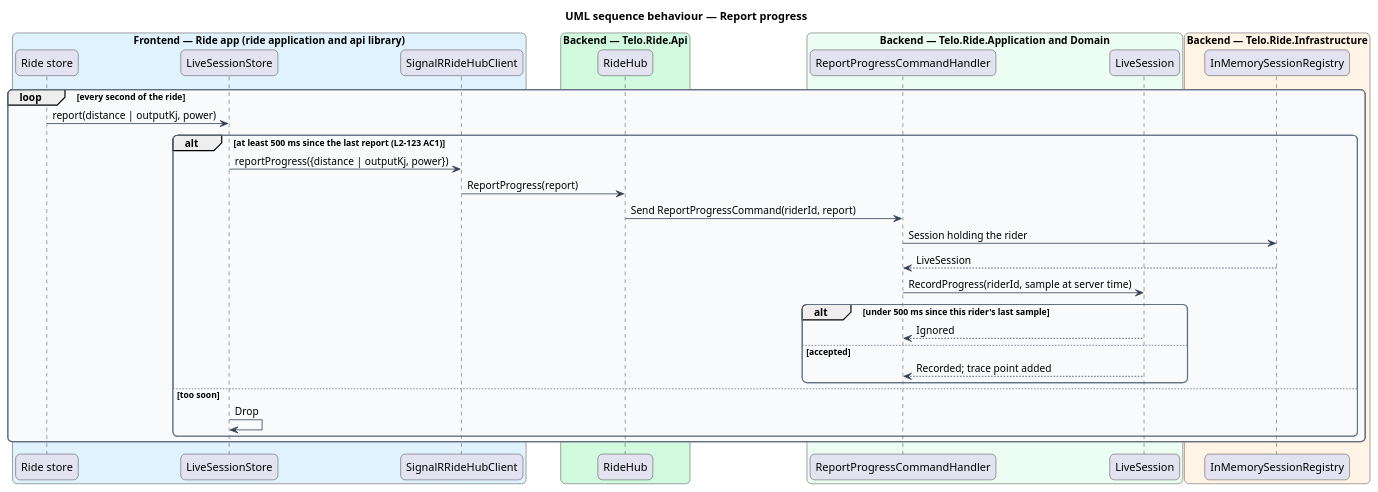
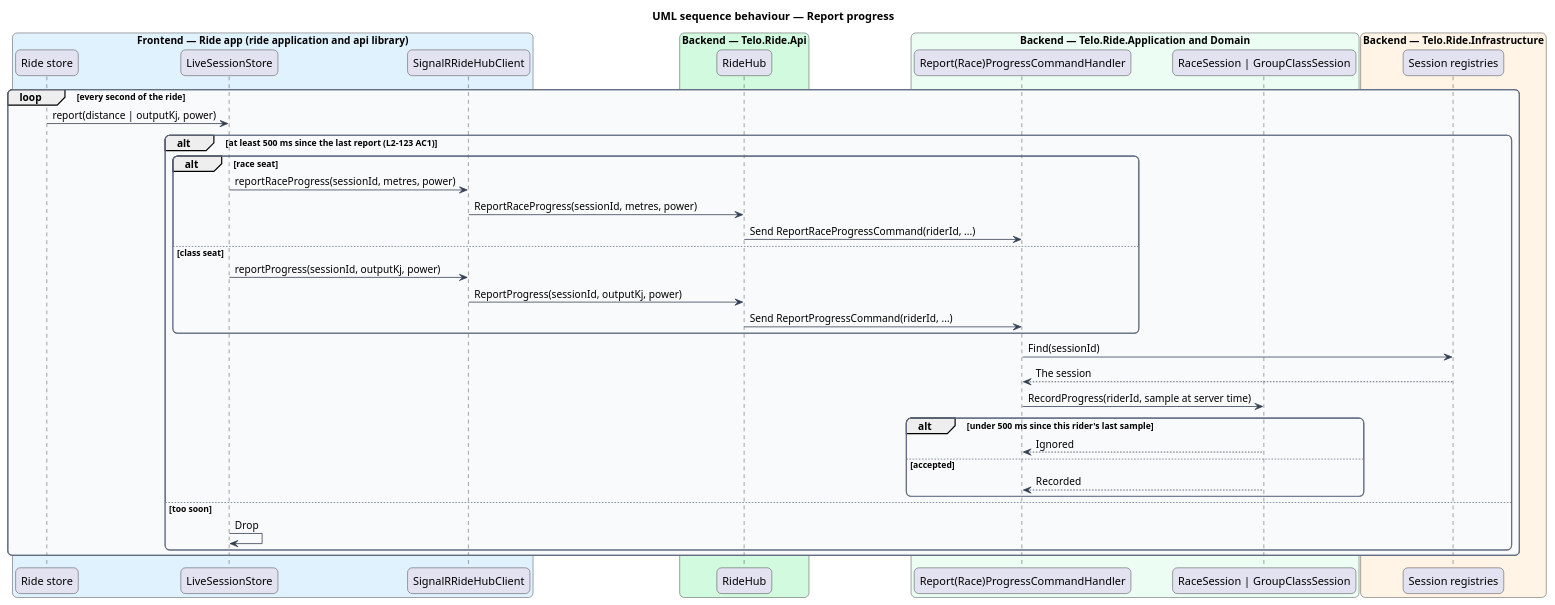
One commit to QuinntyneBrown/wattzup changed the diagram in docs/detailed-designs/multiplayer/share-progress-and-standings/diagrams/sequence-report-progress.puml. Above: the diagram before and after it, drawn with PlantUML. The commit also changed 5 other files, not shown here.

Commit message:
Design how a riders-online race shares progress and standings

```diff
--- a/docs/detailed-designs/multiplayer/share-progress-and-standings/diagrams/sequence-report-progress.puml
+++ b/docs/detailed-designs/multiplayer/share-progress-and-standings/diagrams/sequence-report-progress.puml
@@ -1,50 +1,56 @@
 @startuml
 title UML sequence behaviour — Report progress
 skinparam backgroundColor #FFFFFF
 skinparam shadowing false
 skinparam roundcorner 12
 skinparam defaultFontName Arial
 skinparam ArrowColor #344054
 skinparam rectangle {
   BorderColor #344054
   FontColor #101828
 }
 skinparam package {
   BorderColor #667085
   FontColor #101828
   BackgroundColor #F9FAFB
 }
 box "Frontend — Ride app (ride application and api library)" #E0F2FE
   participant "Ride store" as engine
   participant "LiveSessionStore" as reporter
   participant "SignalRRideHubClient" as client
 end box
 box "Backend — Telo.Ride.Api" #D1FADF
   participant "RideHub" as hub
 end box
 box "Backend — Telo.Ride.Application and Domain" #ECFDF3
-  participant "ReportProgressCommandHandler" as handler
-  participant "LiveSession" as session
+  participant "Report(Race)ProgressCommandHandler" as handler
+  participant "RaceSession | GroupClassSession" as session
 end box
 box "Backend — Telo.Ride.Infrastructure" #FFF4E5
-  participant "InMemorySessionRegistry" as registry
+  participant "Session registries" as registry
 end box
 loop every second of the ride
   engine -> reporter : report(distance | outputKj, power)
   alt at least 500 ms since the last report (L2-123 AC1)
-    reporter -> client : reportProgress({distance | outputKj, power})
-    client -> hub : ReportProgress(report)
-    hub -> handler : Send ReportProgressCommand(riderId, report)
-    handler -> registry : Session holding the rider
-    registry --> handler : LiveSession
+    alt race seat
+      reporter -> client : reportRaceProgress(sessionId, metres, power)
+      client -> hub : ReportRaceProgress(sessionId, metres, power)
+      hub -> handler : Send ReportRaceProgressCommand(riderId, ...)
+    else class seat
+      reporter -> client : reportProgress(sessionId, outputKj, power)
+      client -> hub : ReportProgress(sessionId, outputKj, power)
+      hub -> handler : Send ReportProgressCommand(riderId, ...)
+    end
+    handler -> registry : Find(sessionId)
+    registry --> handler : The session
     handler -> session : RecordProgress(riderId, sample at server time)
     alt under 500 ms since this rider's last sample
       session --> handler : Ignored
     else accepted
-      session --> handler : Recorded; trace point added
+      session --> handler : Recorded
     end
   else too soon
     reporter -> reporter : Drop
   end
 end
 @enduml
```
